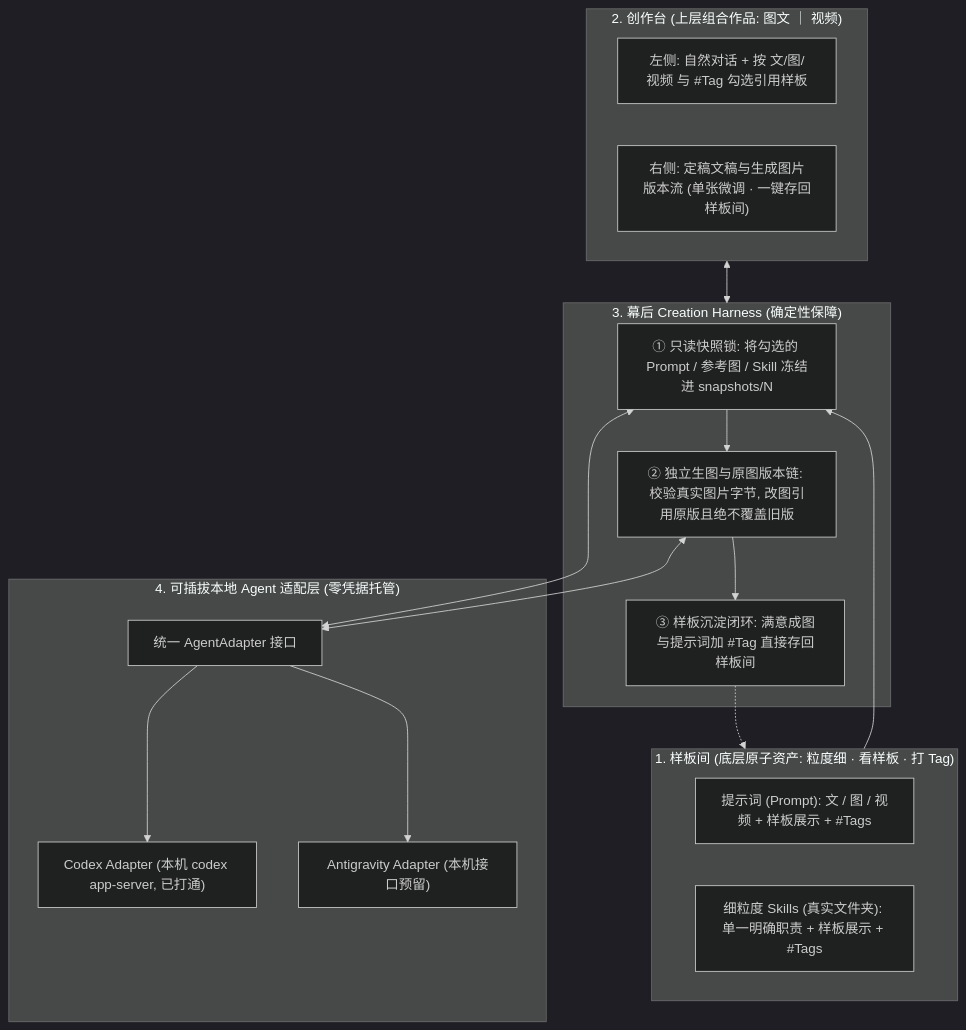
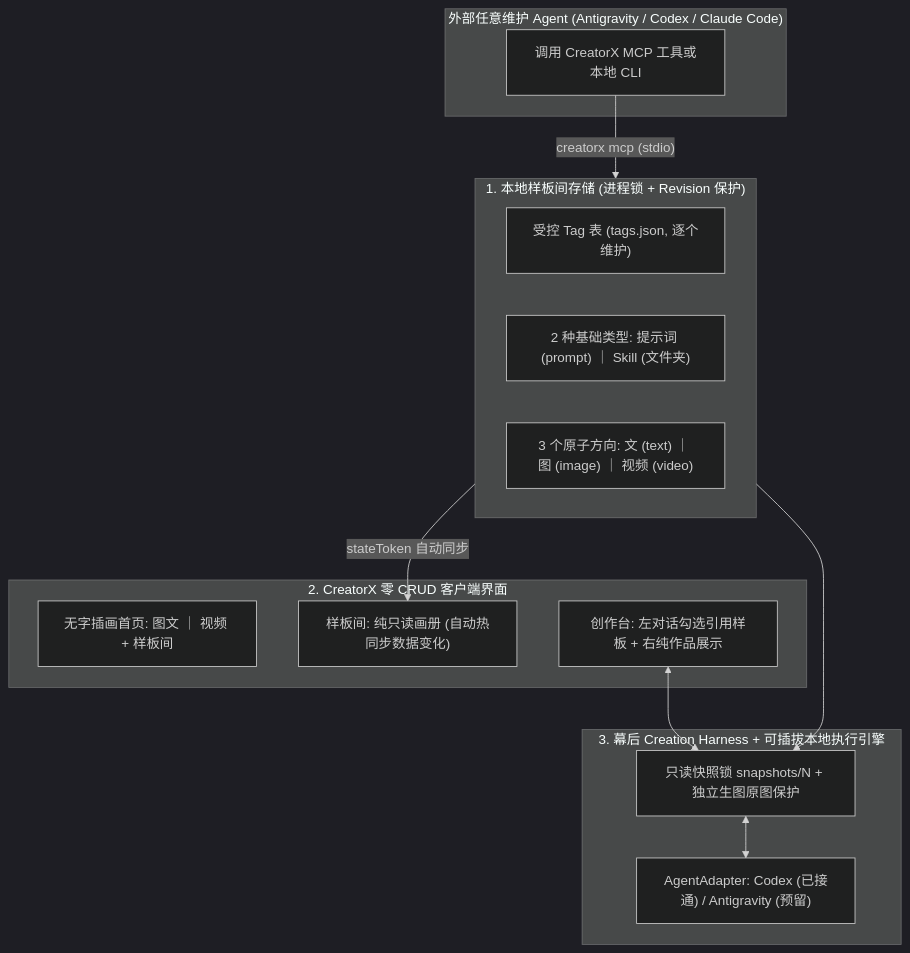
The diagram in design.md (anjing-le/happy-creator-journey), drawn with Mermaid (dark theme) before and after one commit. The commit also changed other lines of this file and 21 other files, not shown here.

Commit message:
Remove all GUI CRUD forms and add built-in CreatorX MCP server (0.1.2)

````diff
--- a/design.md
+++ b/design.md
@@ -19,33 +16,29 @@
 ```mermaid
 flowchart TB
-    subgraph L1["1. 样板间 (底层原子资产: 粒度细 · 看样板 · 打 Tag)"]
-        P["提示词 (Prompt): 文 / 图 / 视频 + 样板展示 + #Tags"]
-        S["细粒度 Skills (真实文件夹): 单一明确职责 + 样板展示 + #Tags"]
+    subgraph ExtAgents["外部任意维护 Agent (Antigravity / Codex / Claude Code)"]
+        MCPClient["调用 CreatorX MCP 工具或本地 CLI"]
     end
 
-    subgraph L2["2. 创作台 (上层组合作品: 图文 ｜ 视频)"]
-        Chat["左侧: 自然对话 + 按 文/图/视频 与 #Tag 勾选引用样板"]
-        Out["右侧: 定稿文稿与生成图片版本流 (单张微调 · 一键存回样板间)"]
+    subgraph Store["1. 本地样板间存储 (进程锁 + Revision 保护)"]
+        Tags["受控 Tag 表 (tags.json, 逐个维护)"]
+        Assets["2 种基础类型: 提示词 (prompt) ｜ Skill (文件夹)"]
+        Mod["3 个原子方向: 文 (text) ｜ 图 (image) ｜ 视频 (video)"]
     end
 
-    subgraph L3["3. 幕后 Creation Harness (确定性保障)"]
-        H1["① 只读快照锁: 将勾选的 Prompt / 参考图 / Skill 冻结进 snapshots/N"]
-        H2["② 独立生图与原图版本链: 校验真实图片字节, 改图引用原版且绝不覆盖旧版"]
-        H3["③ 样板沉淀闭环: 满意成图与提示词加 #Tag 直接存回样板间"]
-        H1 --> H2 --> H3
+    subgraph GUI["2. CreatorX 零 CRUD 客户端界面"]
+        Home["无字插画首页: 图文 ｜ 视频 + 样板间"]
+        Gallery["样板间: 纯只读画册 (自动热同步数据变化)"]
+        Studio["创作台: 左对话勾选引用样板 + 右纯作品展示"]
     end
 
-    subgraph L4["4. 可插拔本地 Agent 适配层 (零凭据托管)"]
-        Adp["统一 AgentAdapter 接口"]
-        Codex["Codex Adapter (本机 codex app-server, 已打通)"]
-        AGY["Antigravity Adapter (本机接口预留)"]
-        Adp --> Codex
-        Adp --> AGY
+    subgraph Harness["3. 幕后 Creation Harness + 可插拔本地执行引擎"]
+        Snap["只读快照锁 snapshots/N + 独立生图原图保护"]
+        Adapters["AgentAdapter: Codex (已接通) / Antigravity (预留)"]
+        Snap <--> Adapters
     end
 
-    L1 --> H1
-    L2 <--> L3
-    H1 <--> Adp
-    H2 <--> Adp
-    H3 -.-> L1
+    MCPClient -- "creatorx mcp (stdio)" --> Store
+    Store -- "stateToken 自动同步" --> Gallery
+    Store --> Snap
+    Studio <--> Snap
 ```
````
